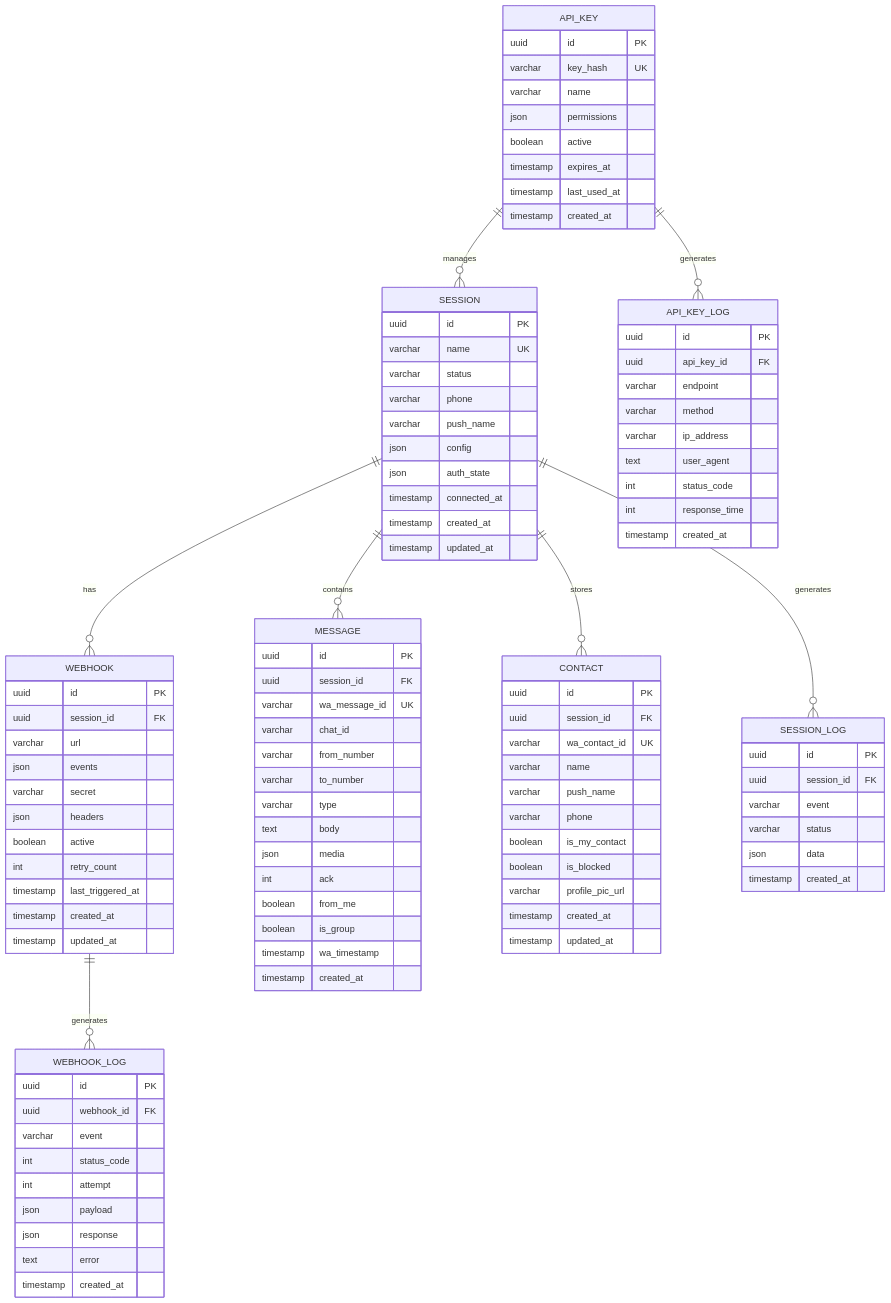
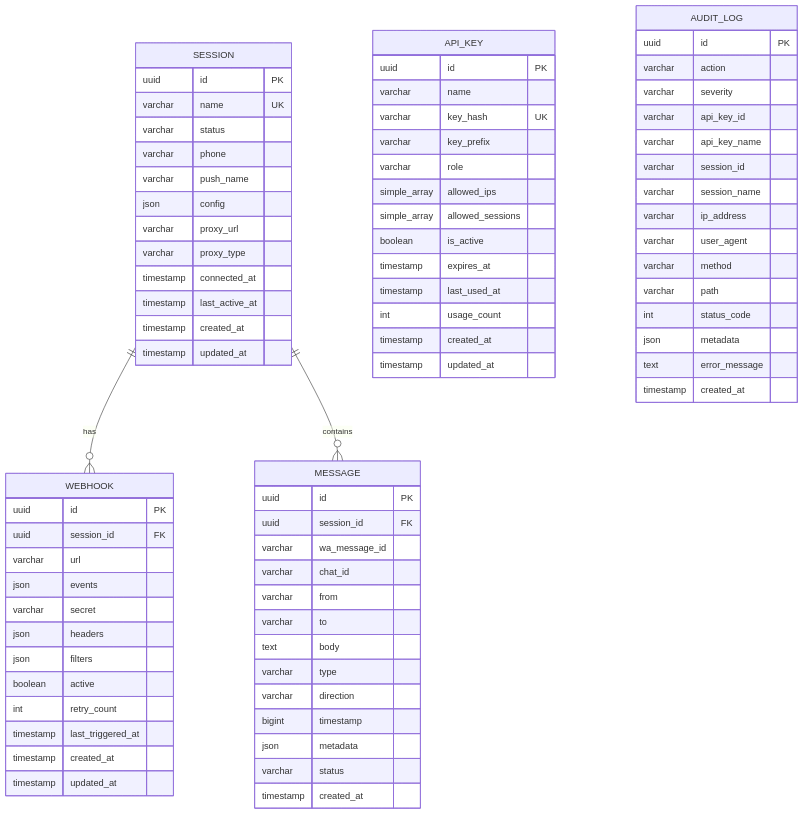
The first of 5 diagrams in docs/05-database-design.md (nourayman21k/OpenWA), drawn with Mermaid before and after one commit. The commit also changed other lines of this file and 13 other files, not shown here.

````diff
--- a/docs/05-database-design.md
+++ b/docs/05-database-design.md
@@ -132,11 +133,6 @@
 erDiagram
     SESSION ||--o{ WEBHOOK : has
     SESSION ||--o{ MESSAGE : contains
-    SESSION ||--o{ CONTACT : stores
-    SESSION ||--o{ SESSION_LOG : generates
-    API_KEY ||--o{ SESSION : manages
-    API_KEY ||--o{ API_KEY_LOG : generates
-    WEBHOOK ||--o{ WEBHOOK_LOG : generates
 
     SESSION {
         uuid id PK
@@ -145,8 +141,10 @@
         varchar phone
         varchar push_name
         json config
-        json auth_state
+        varchar proxy_url
+        varchar proxy_type
         timestamp connected_at
+        timestamp last_active_at
         timestamp created_at
         timestamp updated_at
     }
@@ -158,6 +156,7 @@
         json events
         varchar secret
         json headers
+        json filters
         boolean active
         int retry_count
         timestamp last_triggered_at
@@ -168,75 +167,50 @@
     MESSAGE {
         uuid id PK
         uuid session_id FK
-        varchar wa_message_id UK
+        varchar wa_message_id
         varchar chat_id
-        varchar from_number
-        varchar to_number
+        varchar from
+        varchar to
+        text body
         varchar type
-        text body
-        json media
-        int ack
-        boolean from_me
-        boolean is_group
-        timestamp wa_timestamp
+        varchar direction
+        bigint timestamp
+        json metadata
+        varchar status
         timestamp created_at
     }
 
-    CONTACT {
+    API_KEY {
         uuid id PK
-        uuid session_id FK
-        varchar wa_contact_id UK
         varchar name
-        varchar push_name
-        varchar phone
-        boolean is_my_contact
-        boolean is_blocked
-        varchar profile_pic_url
+        varchar key_hash UK
+        varchar key_prefix
+        varchar role
+        simple_array allowed_ips
+        simple_array allowed_sessions
+        boolean is_active
+        timestamp expires_at
+        timestamp last_used_at
+        int usage_count
         timestamp created_at
         timestamp updated_at
     }
 
-    API_KEY {
+    AUDIT_LOG {
         uuid id PK
-        varchar key_hash UK
-        varchar name
-        json permissions
-        boolean active
-        timestamp expires_at
-        timestamp last_used_at
-        timestamp created_at
-    }
-
-    SESSION_LOG {
-        uuid id PK
-        uuid session_id FK
-        varchar event
-        varchar status
-        json data
-        timestamp created_at
-    }
-
-    WEBHOOK_LOG {
-        uuid id PK
-        uuid webhook_id FK
-        varchar event
+        varchar action
+        varchar severity
+        varchar api_key_id
+        varchar api_key_name
+        varchar session_id
+        varchar session_name
+        varchar ip_address
+        varchar user_agent
+        varchar method
+        varchar path
         int status_code
-        int attempt
-        json payload
-        json response
-        text error
-        timestamp created_at
-    }
-
-    API_KEY_LOG {
-        uuid id PK
-        uuid api_key_id FK
-        varchar endpoint
-        varchar method
-        varchar ip_address
-        text user_agent
-        int status_code
-        int response_time
+        json metadata
+        text error_message
         timestamp created_at
     }
 ```
````
